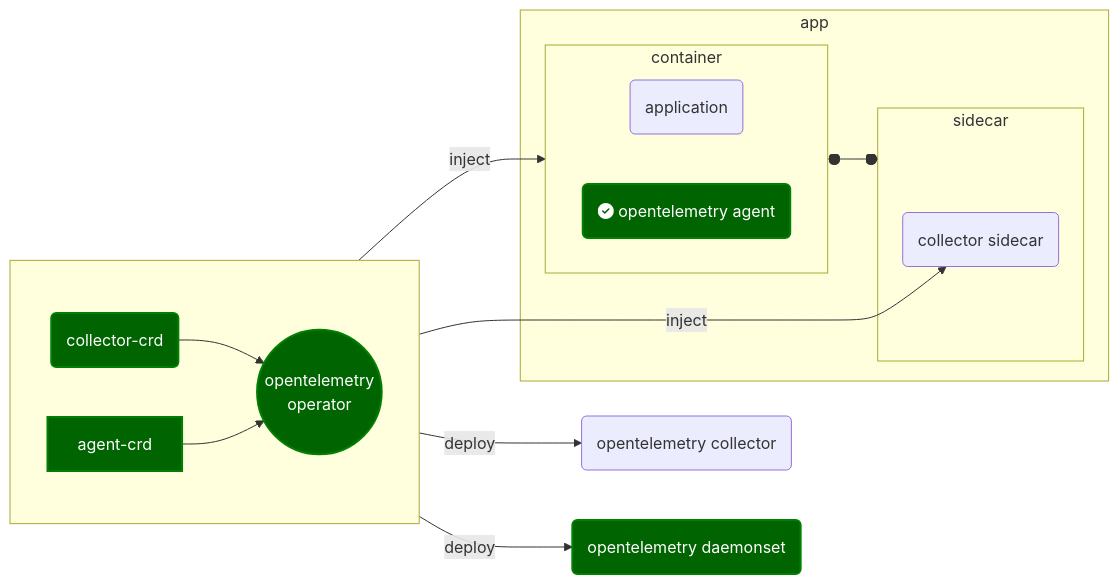
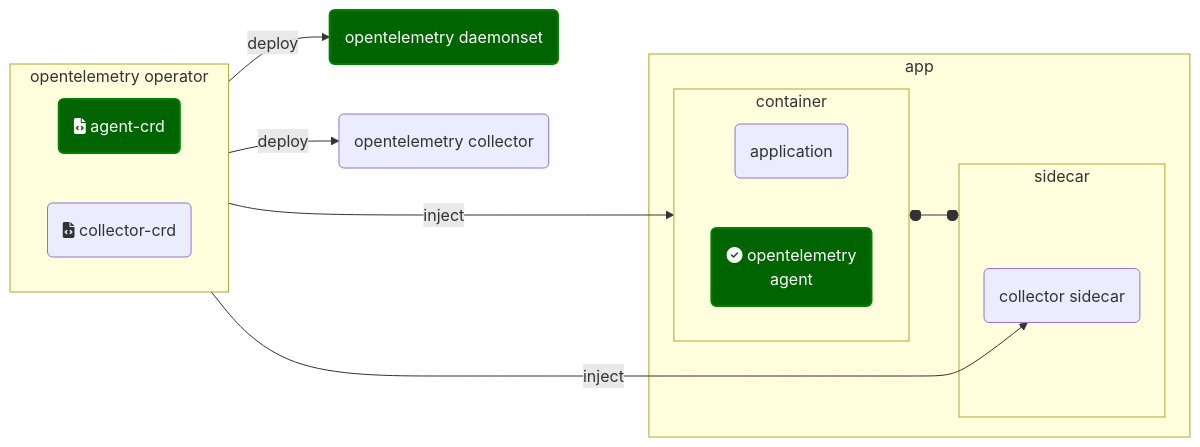
The diagram in docs/InstallOtelcol.md (devrimdemiroz/opentelemetry-browser), drawn with Mermaid before and after one commit. The commit also changed 2 other files, not shown here.

Commit message:
otel operator blues

````diff
--- a/docs/InstallOtelcol.md
+++ b/docs/InstallOtelcol.md
@@ -3,32 +3,32 @@
 ```mermaid
 flowchart LR
 classDef green fill:green,stroke:green,stroke-width:2px,color:#fff
 classDef dgreen fill:darkgreen,stroke:green,stroke-width:2px,color:#fff
-    subgraph otel-operator[" "]
+subgraph oteloperator["opentelemetry operator"]
             direction LR 
-
-        oteloperator(( opentelemetry <br/> operator)):::dgreen 
-        collector-crd( collector-crd):::dgreen -->oteloperator 
-        agent-crd[ agent-crd]:::dgreen -->oteloperator
+            agent-crd(fa:fa-file-code agent-crd):::dgreen
+            collector-crd(fa:fa-file-code collector-crd) 
          
     end
     subgraph app
         subgraph container
             direction LR 
             application(application)
-            otelagent(fa:fa-check-circle opentelemetry agent):::dgreen
+            otelagent(fa:fa-check-circle opentelemetry <br/>agent):::dgreen
         end
         subgraph sidecar
             otelcol-sidecar(collector sidecar)
         end
     end
-    container o--o sidecar
-    otelcol( opentelemetry collector)
-    otelcol-daemonset( opentelemetry daemonset):::dgreen
-    
-     oteloperator -->|deploy| otelcol & otelcol-daemonset
-     oteloperator -->|inject |otelcol-sidecar & otelagent
-    
- 
+
+container o--o sidecar
+   
+  
+ agent-crd -->|inject|otelagent
+ collector-crd ---->|inject|otelcol-sidecar    
+            
+otelcol-daemonset( opentelemetry daemonset):::dgreen
+otelcol( opentelemetry collector)
+oteloperator -->|deploy| otelcol-daemonset & otelcol
 
 ```
````
